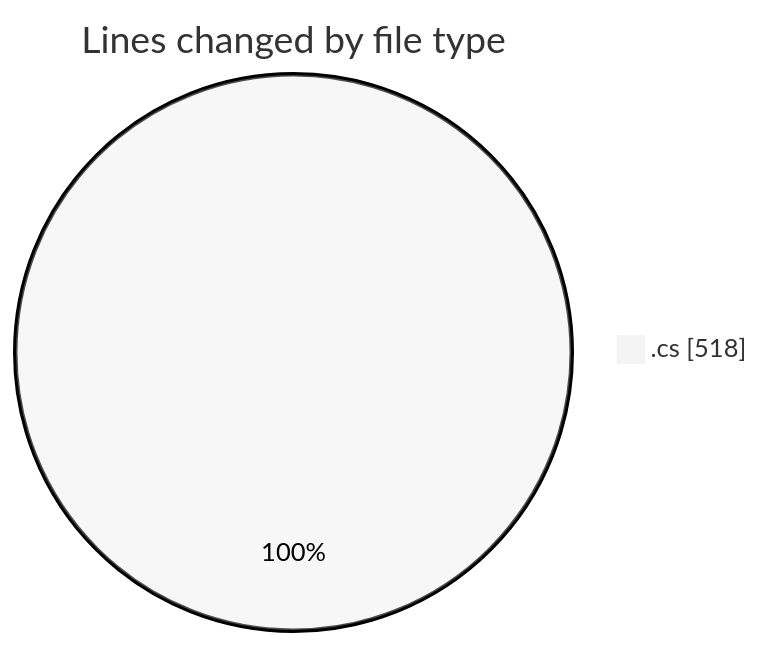
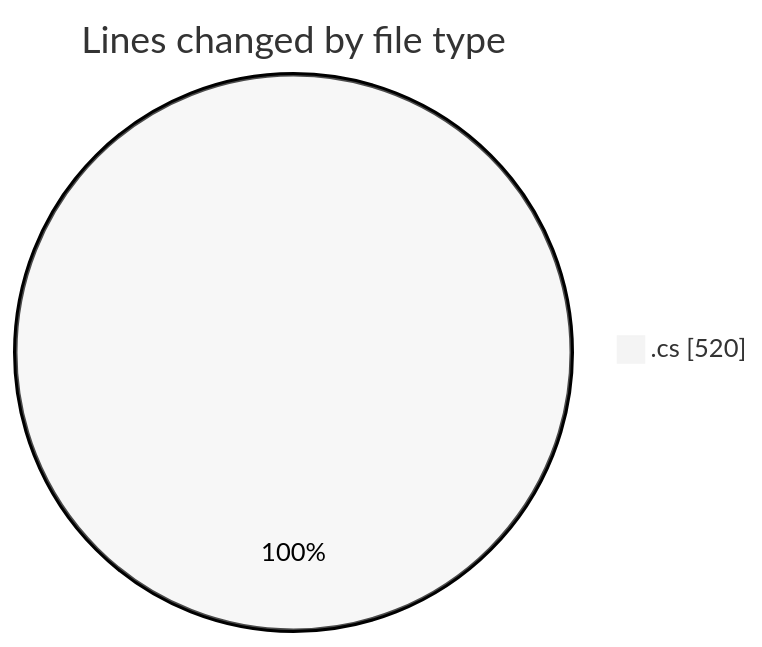
One commit to Netris89/code-tracking changed the first of 2 diagrams in 2025-04-05/back-end/README.md. Above: the diagram before and after it, drawn with Mermaid (neutral theme). The commit also changed other lines of this file and 1 other file, not shown here.

````diff
--- a/2025-04-05/back-end/README.md
+++ b/2025-04-05/back-end/README.md
@@ -21,5 +21,5 @@
 ```mermaid
 pie showData
 title Lines changed by file type
-".cs" : 518
+".cs" : 520
 ```
````
